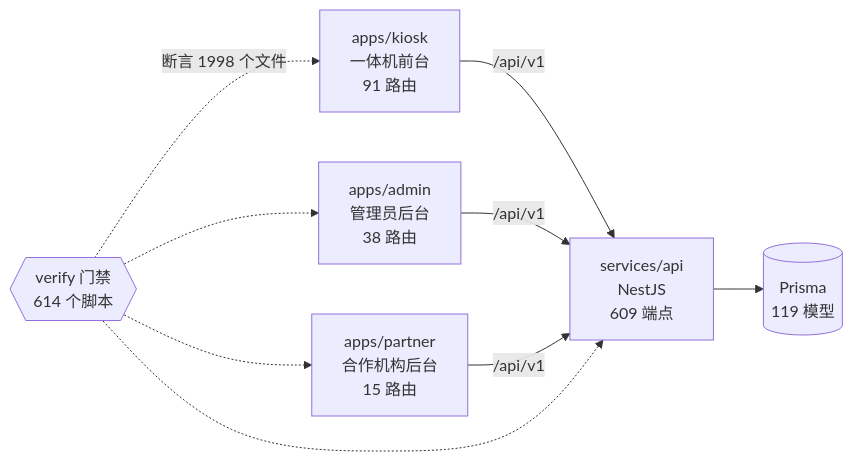
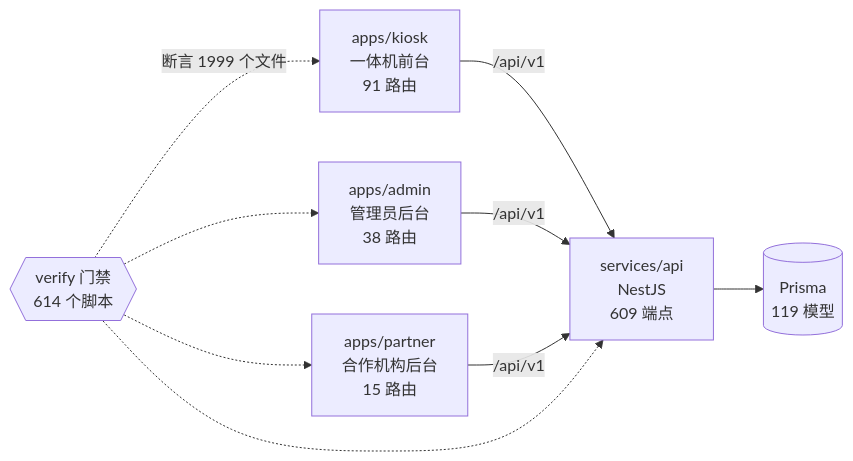
The diagram in docs/graph/README.md (wanglei581/YITIJI), drawn with Mermaid before and after one commit. The commit also changed other lines of this file and 8 other files, not shown here.

````diff
--- a/docs/graph/README.md
+++ b/docs/graph/README.md
@@ -68,18 +68,18 @@
 ```mermaid
 flowchart LR
   kiosk["apps/kiosk<br/>一体机前台<br/>91 路由"]
   admin["apps/admin<br/>管理员后台<br/>38 路由"]
   partner["apps/partner<br/>合作机构后台<br/>15 路由"]
   api["services/api<br/>NestJS<br/>609 端点"]
   db[("Prisma<br/>119 模型")]
   gates{{"verify 门禁<br/>614 个脚本"}}
 
   kiosk -->|"/api/v1"| api
   admin -->|"/api/v1"| api
   partner -->|"/api/v1"| api
   api --> db
-  gates -.->|"断言 1998 个文件"| kiosk
+  gates -.->|"断言 1999 个文件"| kiosk
   gates -.-> admin
   gates -.-> partner
   gates -.-> api
 ```
````
